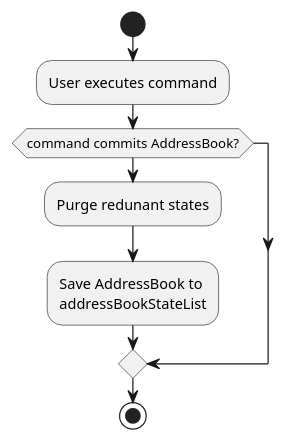
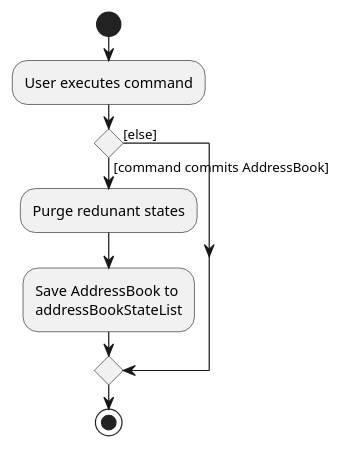
One commit to se-edu/addressbook-level4 changed the diagram in docs/diagrams/commit-activity-diagram.puml. Above: the diagram before and after it, drawn with PlantUML. The commit also changed 28 other files, not shown here.

```diff
--- a/docs/diagrams/commit-activity-diagram.puml
+++ b/docs/diagrams/commit-activity-diagram.puml
@@ -1,12 +1,13 @@
 @startuml
 start
 :User executes command;
-if (command commits AddressBook?) then
+'New
+
+if () then ([command commits AddressBook])
     :Purge redunant states;
     :Save AddressBook to
     addressBookStateList;
-else
+else ([else])
 endif
 stop
-
 @enduml
```
